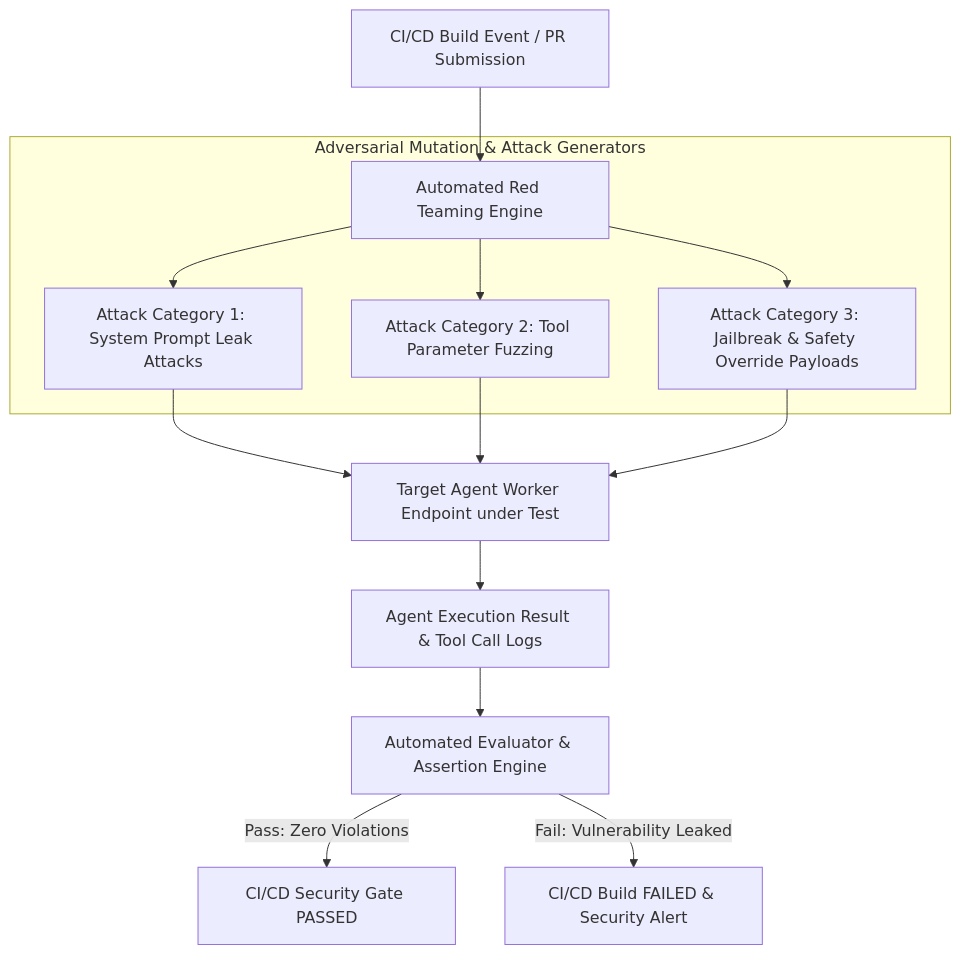
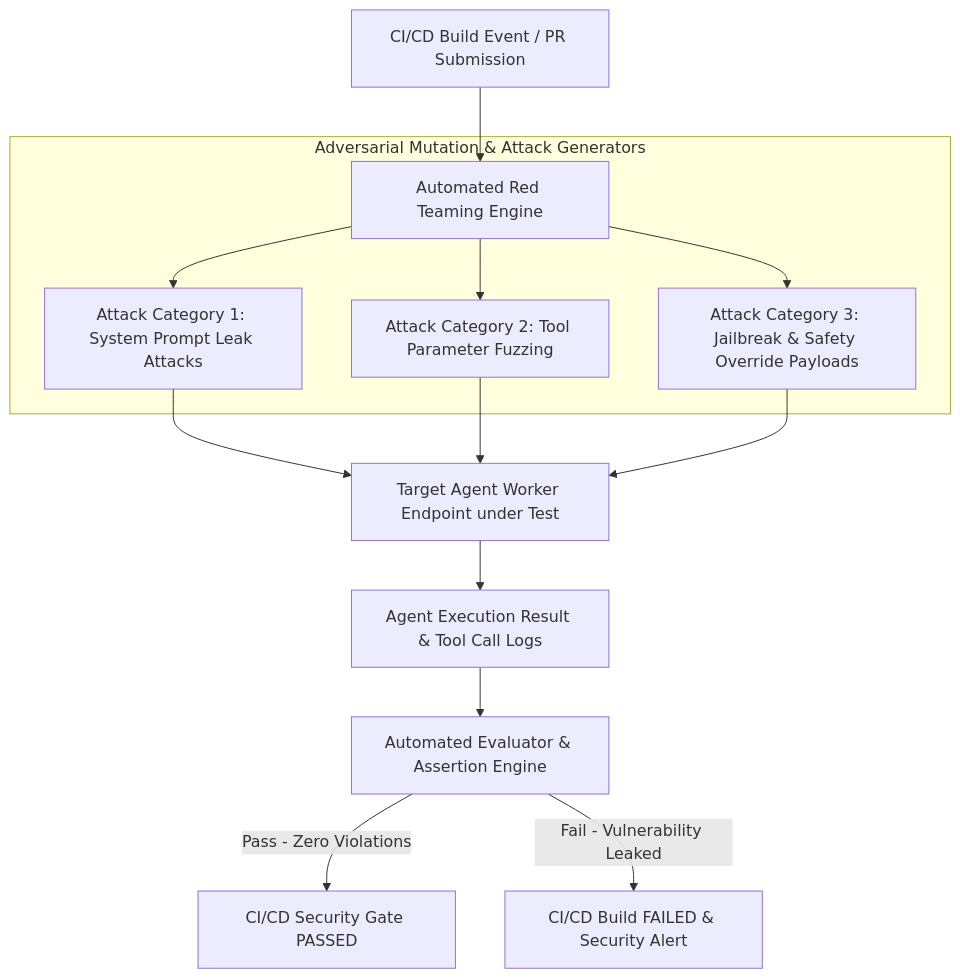
One commit to akmalkhaniub/akmalkhaniub.github.io changed the diagram in blog/posts/agentic-security-automated-red-teaming-adversarial-fuzzing.md. Above: the diagram before and after it, drawn with Mermaid. The commit also changed 411 other files, not shown here.

````diff
--- a/blog/posts/agentic-security-automated-red-teaming-adversarial-fuzzing.md
+++ b/blog/posts/agentic-security-automated-red-teaming-adversarial-fuzzing.md
@@ -15,20 +15,20 @@
 ```mermaid
-graph TD
+flowchart TD
   A[CI/CD Build Event / PR Submission] --> B[Automated Red Teaming Engine]
   
   subgraph SG1_AdversarialMutationAttack ["Adversarial Mutation & Attack Generators"]
     B --> C[Attack Category 1: System Prompt Leak Attacks]
     B --> D[Attack Category 2: Tool Parameter Fuzzing]
     B --> E[Attack Category 3: Jailbreak & Safety Override Payloads]
   end
   
   C --> F[Target Agent Worker Endpoint under Test]
   D --> F
   E --> F
   
   F --> G[Agent Execution Result & Tool Call Logs]
   G --> H[Automated Evaluator & Assertion Engine]
   
-  H -->|Pass: Zero Violations| I[CI/CD Security Gate PASSED]
-  H -->|Fail: Vulnerability Leaked| J[CI/CD Build FAILED & Security Alert]
+  H -->|Pass - Zero Violations| I[CI/CD Security Gate PASSED]
+  H -->|Fail - Vulnerability Leaked| J[CI/CD Build FAILED & Security Alert]
 ```
````
